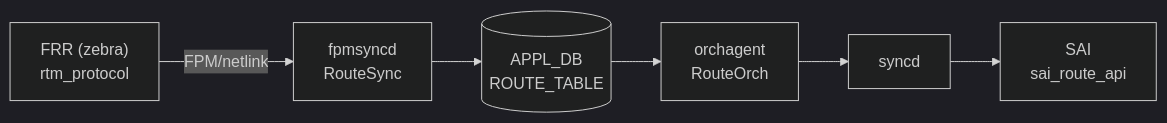
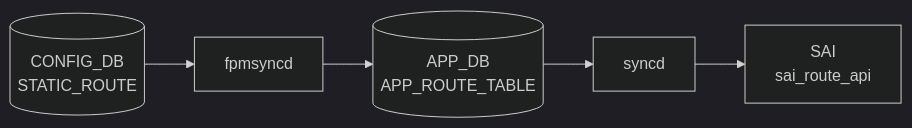
The diagram in docs/reference/config-db/route.md (aoki-taquan/sonic-unofficial-docs), drawn with Mermaid (dark theme) before and after one commit. The commit also changed other lines of this file and 359 other files, not shown here.

````diff
--- a/docs/reference/config-db/route.md
+++ b/docs/reference/config-db/route.md
@@ -43,14 +43,12 @@
 ```mermaid
 flowchart LR
-  FRR["FRR (zebra)<br/>rtm_protocol"]
-  FPM["fpmsyncd<br/>RouteSync"]
-  APPDB[("APPL_DB<br/>ROUTE_TABLE")]
-  OA["orchagent<br/>RouteOrch"]
+  CDB[("CONFIG_DB<br/>STATIC_ROUTE")]
+  DM["fpmsyncd"]
+  CDB --> DM
+  APPDB[("APP_DB<br/>APP_ROUTE_TABLE")]
+  DM --> APPDB
   SYNCD["syncd"]
+  APPDB --> SYNCD
   SAI["SAI<br/>sai_route_api"]
-  FRR -->|FPM/netlink| FPM
-  FPM --> APPDB
-  APPDB --> OA
-  OA --> SYNCD
   SYNCD --> SAI
 ```
````
